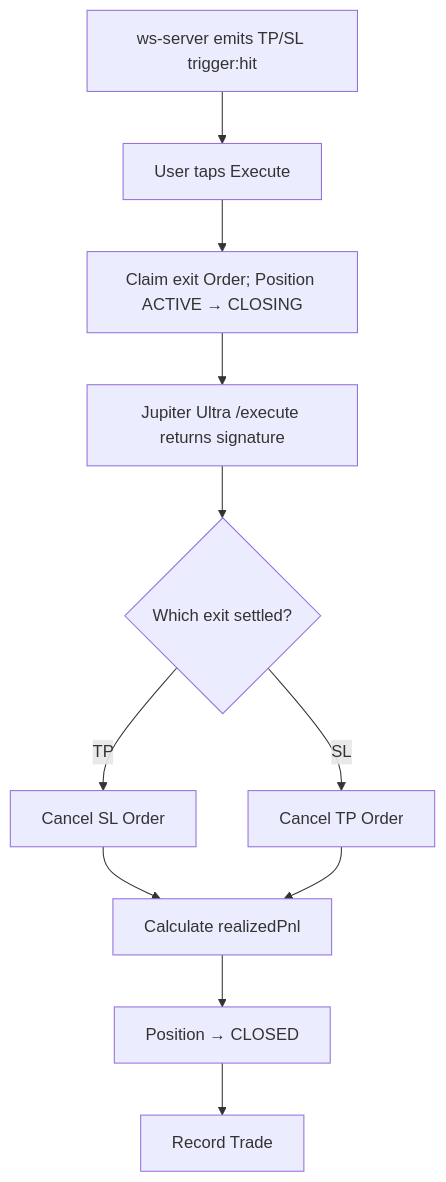
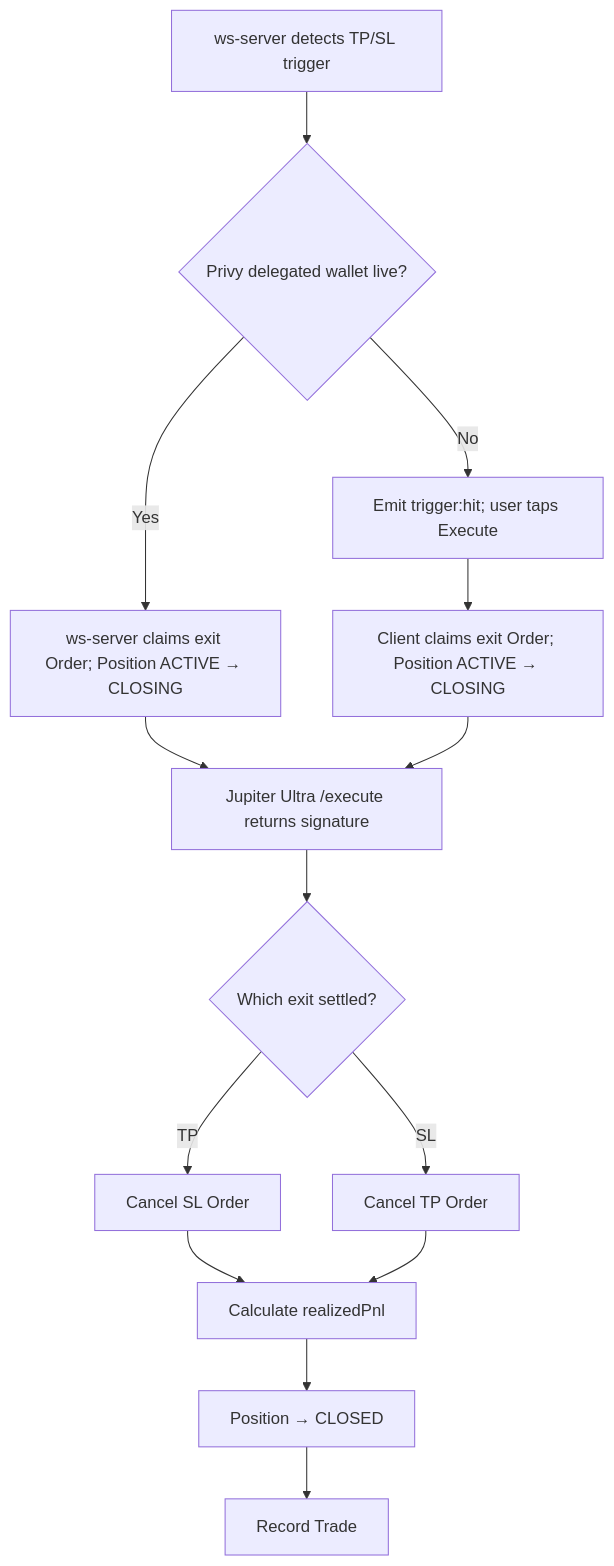
The fourth of 7 diagrams in docs/screens-and-flows.md (Omnis-Labs/tickr-ai), drawn with Mermaid before and after one commit. The commit also changed other lines of this file and 15 other files, not shown here.

Commit message:
docs: align delegated trigger execution docs

````diff
--- a/docs/screens-and-flows.md
+++ b/docs/screens-and-flows.md
@@ -400,13 +407,16 @@
 ```mermaid
 flowchart TD
-    A[ws-server emits TP/SL trigger:hit] --> B[User taps Execute]
-    B --> C[Claim exit Order; Position ACTIVE → CLOSING]
-    C --> D[Jupiter Ultra /execute returns signature]
-    D --> E{Which exit settled?}
-    E -- TP --> F[Cancel SL Order]
-    E -- SL --> G[Cancel TP Order]
-    F --> H[Calculate realizedPnl]
-    G --> H
-    H --> I[Position → CLOSED]
-    I --> J[Record Trade]
+    A[ws-server detects TP/SL trigger] --> B{Privy delegated wallet live?}
+    B -- Yes --> C[ws-server claims exit Order; Position ACTIVE → CLOSING]
+    B -- No --> D[Emit trigger:hit; user taps Execute]
+    D --> E[Client claims exit Order; Position ACTIVE → CLOSING]
+    C --> F[Jupiter Ultra /execute returns signature]
+    E --> F
+    F --> G{Which exit settled?}
+    G -- TP --> H[Cancel SL Order]
+    G -- SL --> I[Cancel TP Order]
+    H --> J[Calculate realizedPnl]
+    I --> J
+    J --> K[Position → CLOSED]
+    K --> L[Record Trade]
 ```
````
